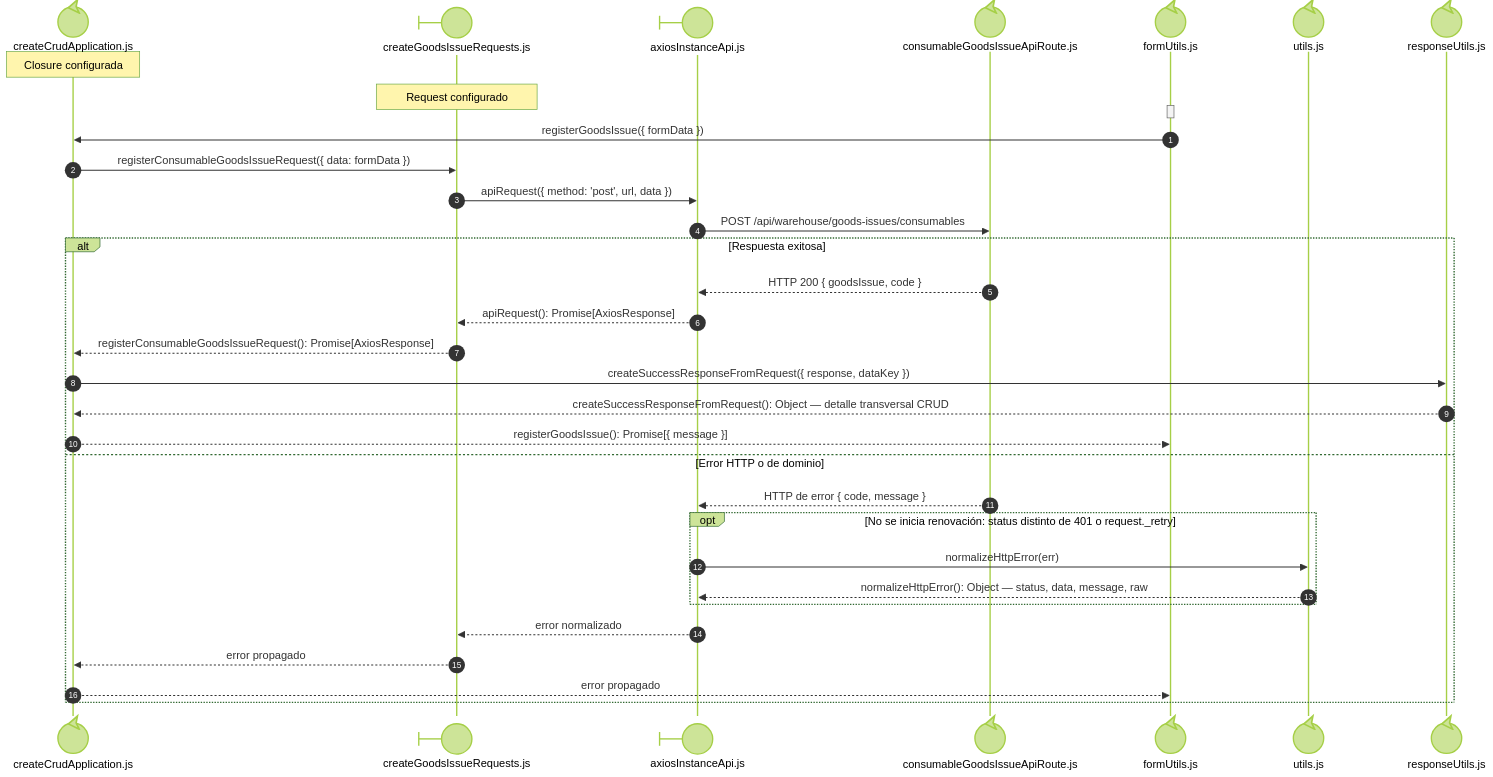
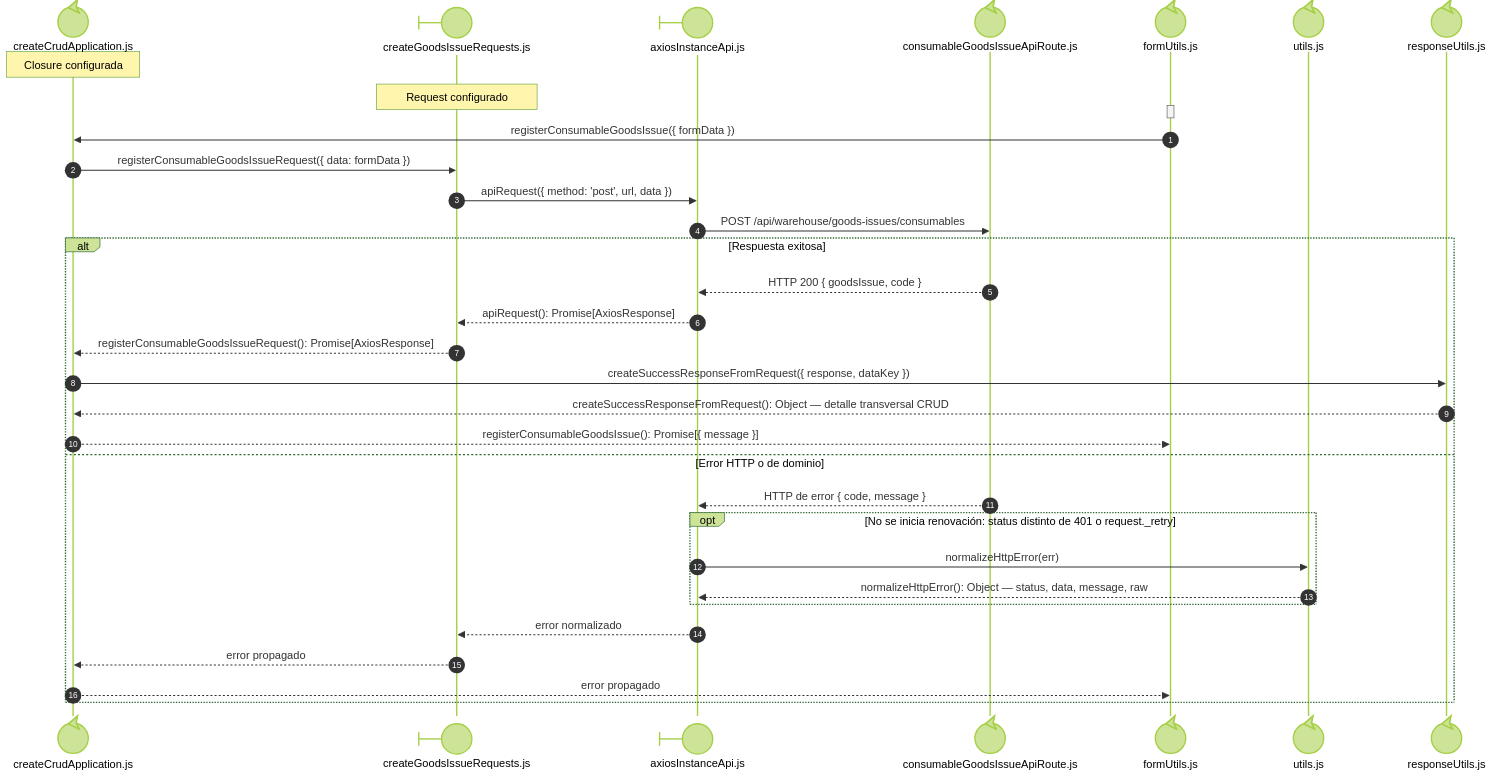
The third of 3 diagrams in docs/architecture/views/processes/frontend-code-sequences/issues/cu-sal-16.md (gpgsistemas01/nexus), drawn with Mermaid (forest theme) before and after one commit. The commit also changed other lines of this file and 142 other files, not shown here.

````diff
--- a/docs/architecture/views/processes/frontend-code-sequences/issues/cu-sal-16.md
+++ b/docs/architecture/views/processes/frontend-code-sequences/issues/cu-sal-16.md
@@ -190,39 +191,39 @@
 ```mermaid
 sequenceDiagram
     autonumber
     participant Application@{ "type": "control" } as createCrudApplication.js
     participant Request@{ "type": "boundary" } as createGoodsIssueRequests.js
     participant HTTP@{ "type": "boundary" } as axiosInstanceApi.js
     participant Transport@{ "type": "control" } as consumableGoodsIssueApiRoute.js
     participant FormUtils@{ "type": "control" } as formUtils.js
 
     participant FileUtils@{ "type": "control" } as utils.js
 
     participant FileResponseUtils@{ "type": "control" } as responseUtils.js
 
     Note over Application: Closure configurada
     Note over Request: Request configurado
     activate FormUtils
     deactivate FormUtils
-        FormUtils->>Application: registerGoodsIssue({ formData })
+        FormUtils->>Application: registerConsumableGoodsIssue({ formData })
         Application->>Request: registerConsumableGoodsIssueRequest({ data: formData })
         Request->>HTTP: apiRequest({ method: 'post', url, data })
         HTTP->>Transport: POST /api/warehouse/goods-issues/consumables
         alt Respuesta exitosa
             Transport-->>HTTP: HTTP 200 { goodsIssue, code }
             HTTP-->>Request: apiRequest(): Promise[AxiosResponse]
             Request-->>Application: registerConsumableGoodsIssueRequest(): Promise[AxiosResponse]
             Application->>FileResponseUtils: createSuccessResponseFromRequest({ response, dataKey })
             FileResponseUtils-->>Application: createSuccessResponseFromRequest(): Object — detalle transversal CRUD
-            Application-->>FormUtils: registerGoodsIssue(): Promise[{ message }]
+            Application-->>FormUtils: registerConsumableGoodsIssue(): Promise[{ message }]
         else Error HTTP o de dominio
             Transport-->>HTTP: HTTP de error { code, message }
             opt No se inicia renovación: status distinto de 401 o request._retry
                 HTTP->>FileUtils: normalizeHttpError(err)
                 FileUtils-->>HTTP: normalizeHttpError(): Object — status, data, message, raw
             end
             HTTP-->>Request: error normalizado
             Request-->>Application: error propagado
             Application-->>FormUtils: error propagado
     end
 ```
````
